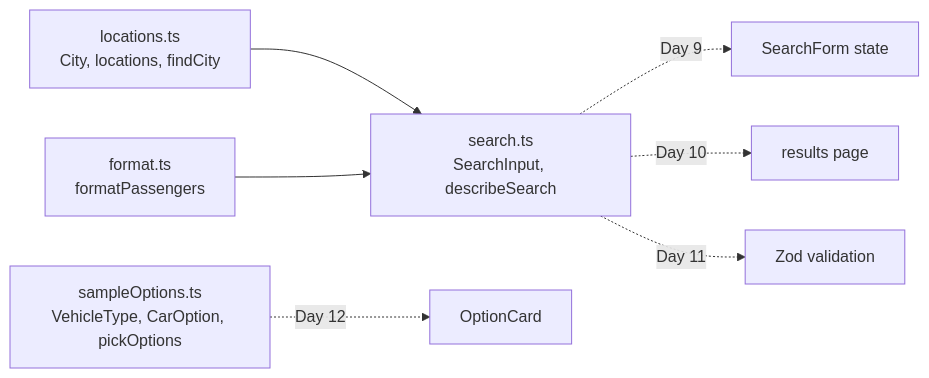
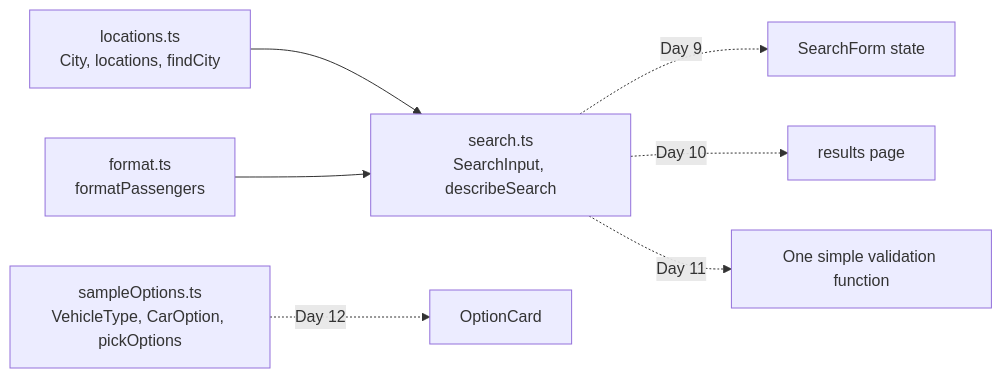
One commit to pratulsharma/intercitytaxicab changed the second of 4 diagrams in day-06.md. Above: the diagram before and after it, drawn with Mermaid. The commit also changed other lines of this file and 6 other files, not shown here.

````diff
--- a/day-06.md
+++ b/day-06.md
@@ -38,10 +38,10 @@
 ```mermaid
 flowchart LR
   L[locations.ts<br/>City, locations, findCity] --> S[search.ts<br/>SearchInput, describeSearch]
   F[format.ts<br/>formatPassengers] --> S
   V[sampleOptions.ts<br/>VehicleType, CarOption, pickOptions]
   S -.->|Day 9| Form[SearchForm state]
   S -.->|Day 10| R[results page]
-  S -.->|Day 11| Z[Zod validation]
+  S -.->|Day 11| Z[One simple validation function]
   V -.->|Day 12| O[OptionCard]
 ```
````
